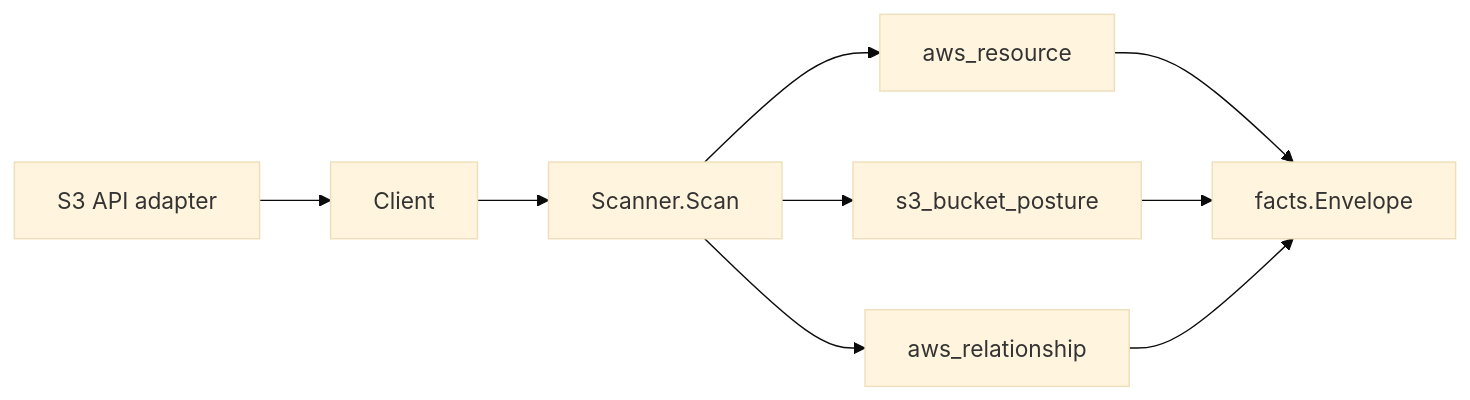
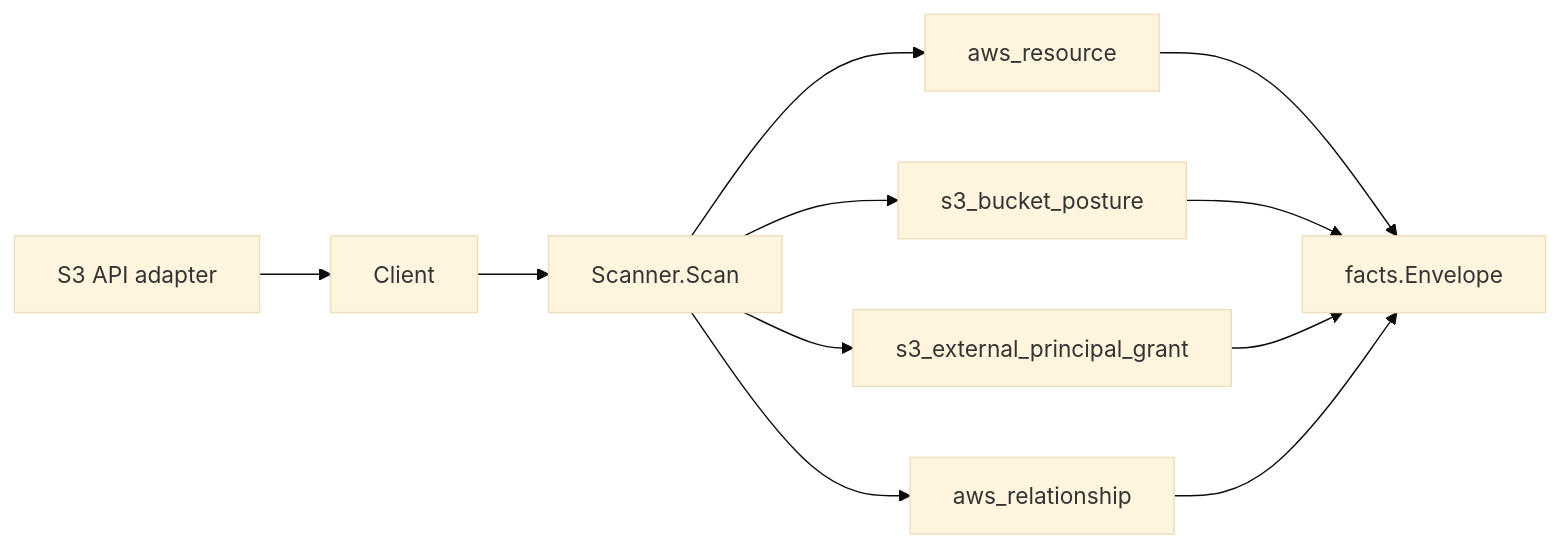
One commit to eshu-hq/eshu changed the diagram in go/internal/collector/awscloud/services/s3/README.md. Above: the diagram before and after it, drawn with Mermaid (base theme). The commit also changed other lines of this file and 21 other files, not shown here.

Commit message:
Add S3 external principal grant facts

````diff
--- a/go/internal/collector/awscloud/services/s3/README.md
+++ b/go/internal/collector/awscloud/services/s3/README.md
@@ -17,11 +18,13 @@
 ```mermaid
 flowchart LR
   A["S3 API adapter"] --> B["Client"]
   B --> C["Scanner.Scan"]
   C --> D["aws_resource"]
   C --> G["s3_bucket_posture"]
+  C --> H["s3_external_principal_grant"]
   C --> E["aws_relationship"]
   D --> F["facts.Envelope"]
   G --> F
+  H --> F
   E --> F
 ```
````
